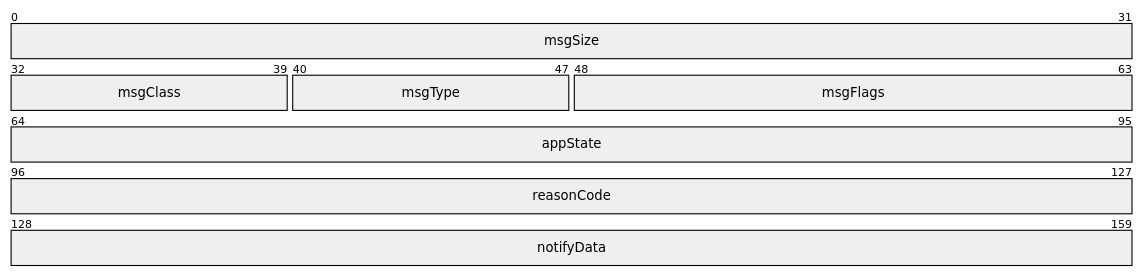
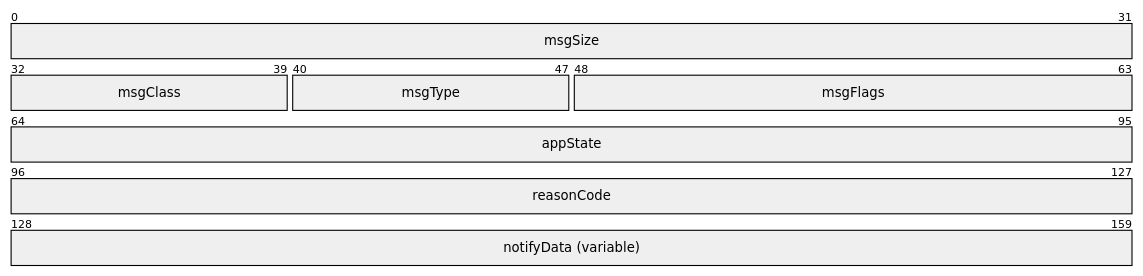
Diagram 36 of 39 in docs/NOW-spec.md (Devolutions/now-proto), drawn with Mermaid before and after one commit. The commit also changed other lines of this file, not shown here.

````diff
--- a/docs/NOW-spec.md
+++ b/docs/NOW-spec.md
@@ -1199,10 +1204,10 @@
 ```mermaid
 packet-beta
   0-31: "msgSize"
   32-39: "msgClass"
   40-47: "msgType"
   48-63: "msgFlags"
   64-95: "appState"
   96-127: "reasonCode"
-  128-159: "notifyData"
+  128-159: "notifyData (variable)"
 ```
````
